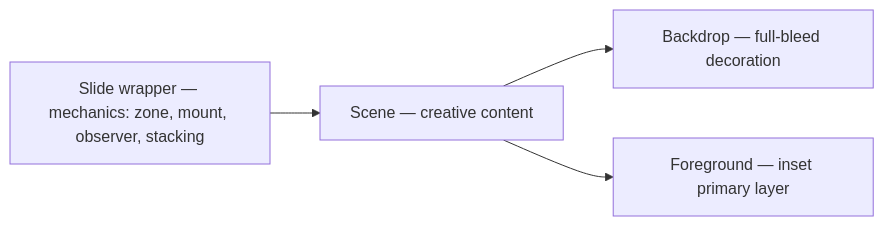
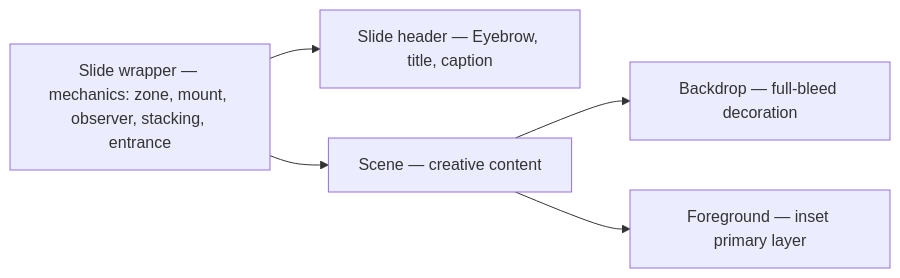
The fourth of 5 diagrams in .archgate/adrs/FE-004-slide-architecture.md (hancrafted/content-library), drawn with Mermaid before and after one commit. The commit also changed other lines of this file and 7 other files, not shown here.

First line of the commit message:
docs(adr): record the Slide header, the play-once entrance and the hover vocabulary

````diff
--- a/.archgate/adrs/FE-004-slide-architecture.md
+++ b/.archgate/adrs/FE-004-slide-architecture.md
@@ -59,6 +59,7 @@
 ```mermaid
 flowchart LR
-  W["Slide wrapper — mechanics: zone, mount, observer, stacking"] --> S["Scene — creative content"]
+  W["Slide wrapper — mechanics: zone, mount, observer, stacking, entrance"] --> H["Slide header — Eyebrow, title, caption"]
+  W --> S["Scene — creative content"]
   S --> B["Backdrop — full-bleed decoration"]
   S --> F["Foreground — inset primary layer"]
 ```
````
